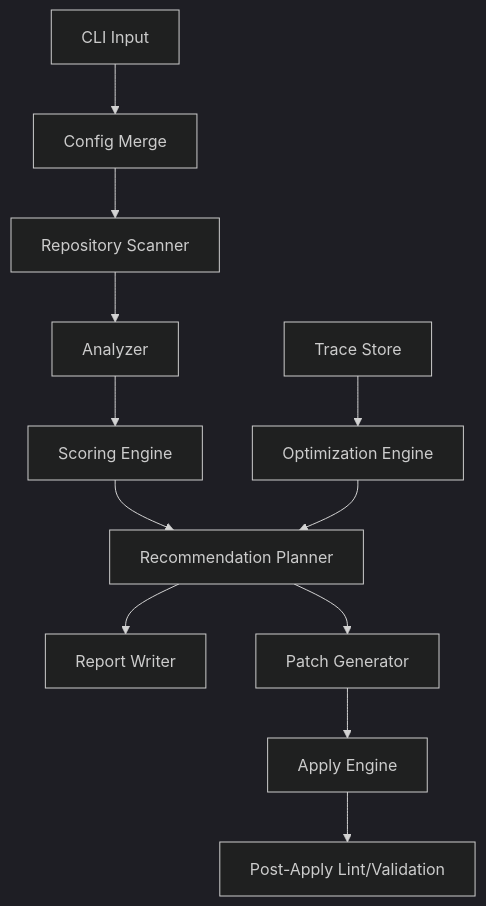
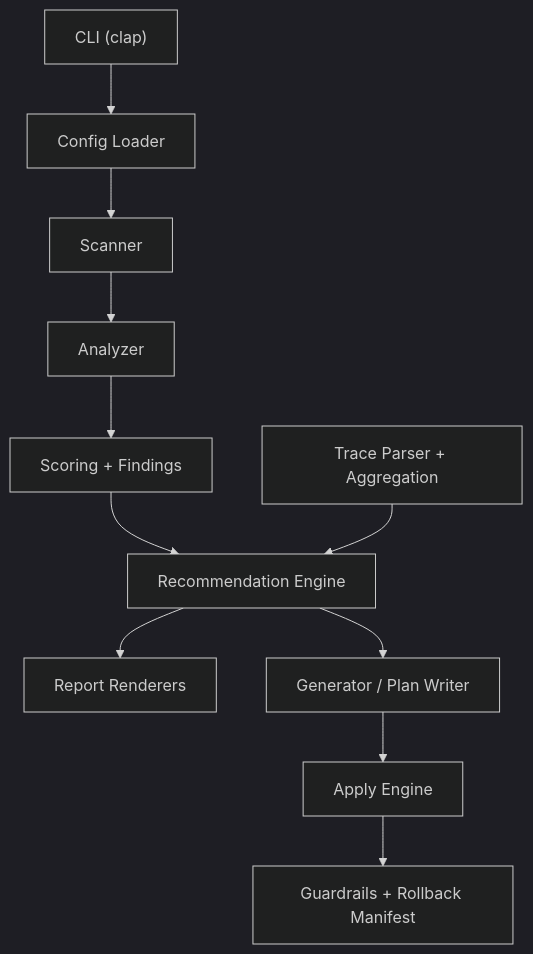
One commit to mudrii/harness changed the diagram in ARCHITECTURE.md. Above: the diagram before and after it, drawn with Mermaid (dark theme). The commit also changed other lines of this file and 6 other files, not shown here.

````diff
--- a/ARCHITECTURE.md
+++ b/ARCHITECTURE.md
@@ -17,14 +18,13 @@
 ```mermaid
 flowchart TD
-  A[CLI Input] --> B[Config Merge]
-  B --> C[Repository Scanner]
-  C --> D[Analyzer]
-  D --> E[Scoring Engine]
-  E --> F[Recommendation Planner]
-  F --> G[Report Writer]
-  F --> H[Patch Generator]
-  H --> I[Apply Engine]
-  J[Trace Store] --> K[Optimization Engine]
-  K --> F
-  I --> L[Post-Apply Lint/Validation]
+  A["CLI (clap)"] --> B["Config Loader"]
+  B --> C["Scanner"]
+  C --> D["Analyzer"]
+  D --> E["Scoring + Findings"]
+  E --> F["Recommendation Engine"]
+  F --> G["Report Renderers"]
+  F --> H["Generator / Plan Writer"]
+  H --> I["Apply Engine"]
+  J["Trace Parser + Aggregation"] --> F
+  I --> K["Guardrails + Rollback Manifest"]
 ```
````
